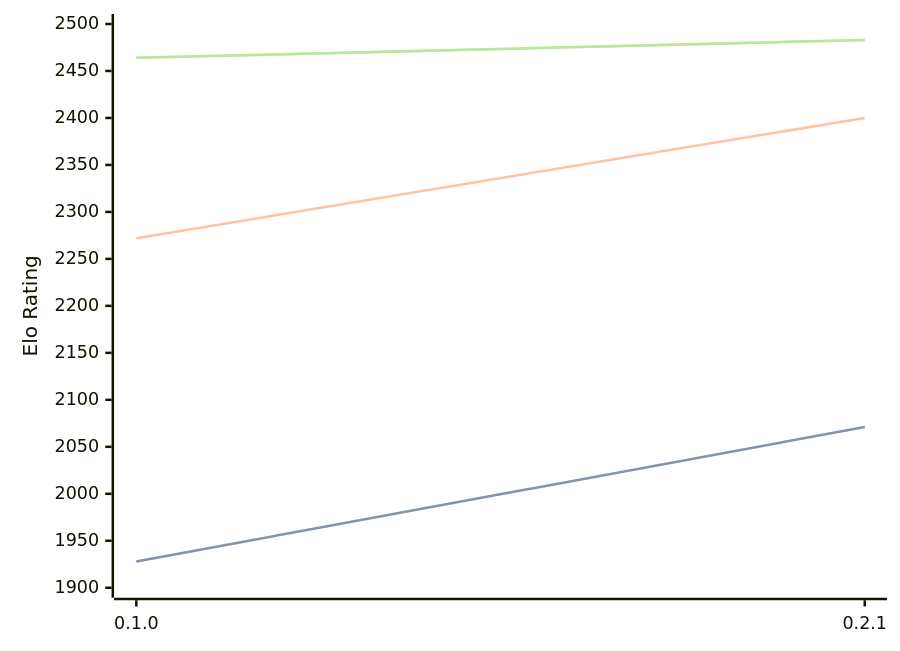
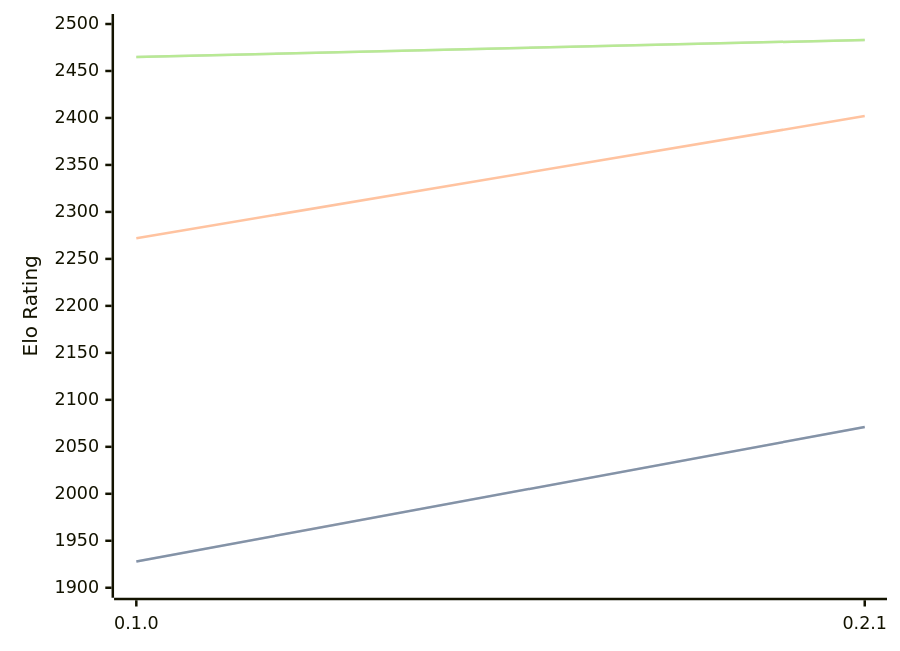
The diagram in engines/Sykora.md (computer-chess-index/cci), drawn with Mermaid before and after one commit. The commit also changed other lines of this file, not shown here.

Commit message:
Update CCI Ratings (ELO VLTC) - 2026-05-06

````diff
--- a/engines/Sykora.md
+++ b/engines/Sykora.md
@@ -33,11 +33,11 @@
 ```mermaid
 %%{init: {"theme":"base","themeVariables":{"seriesColors:['#a3a3a3','#222221','#faa371']}}}%%
 xychart-beta
   x-axis ["0.1.0", "0.2.1"]
   y-axis "Elo Rating" 1900 --> 2500
   line "STC (8.0+0.08s)" [1928, 2071]
   line "STC (8.0+0.08s)" [1928, 2071]
-  line "LTC (60.0+0.60s)" [2272, 2400]
-  line "VLTC (2m24s+1.12s)" [2464, 2483]
-  line "VLTC (2m24s+1.12s)" [2464, 2483]
+  line "LTC (60.0+0.60s)" [2272, 2402]
+  line "VLTC (2m24s+1.12s)" [2465, 2483]
+  line "VLTC (2m24s+1.12s)" [2465, 2483]
 ```
````
